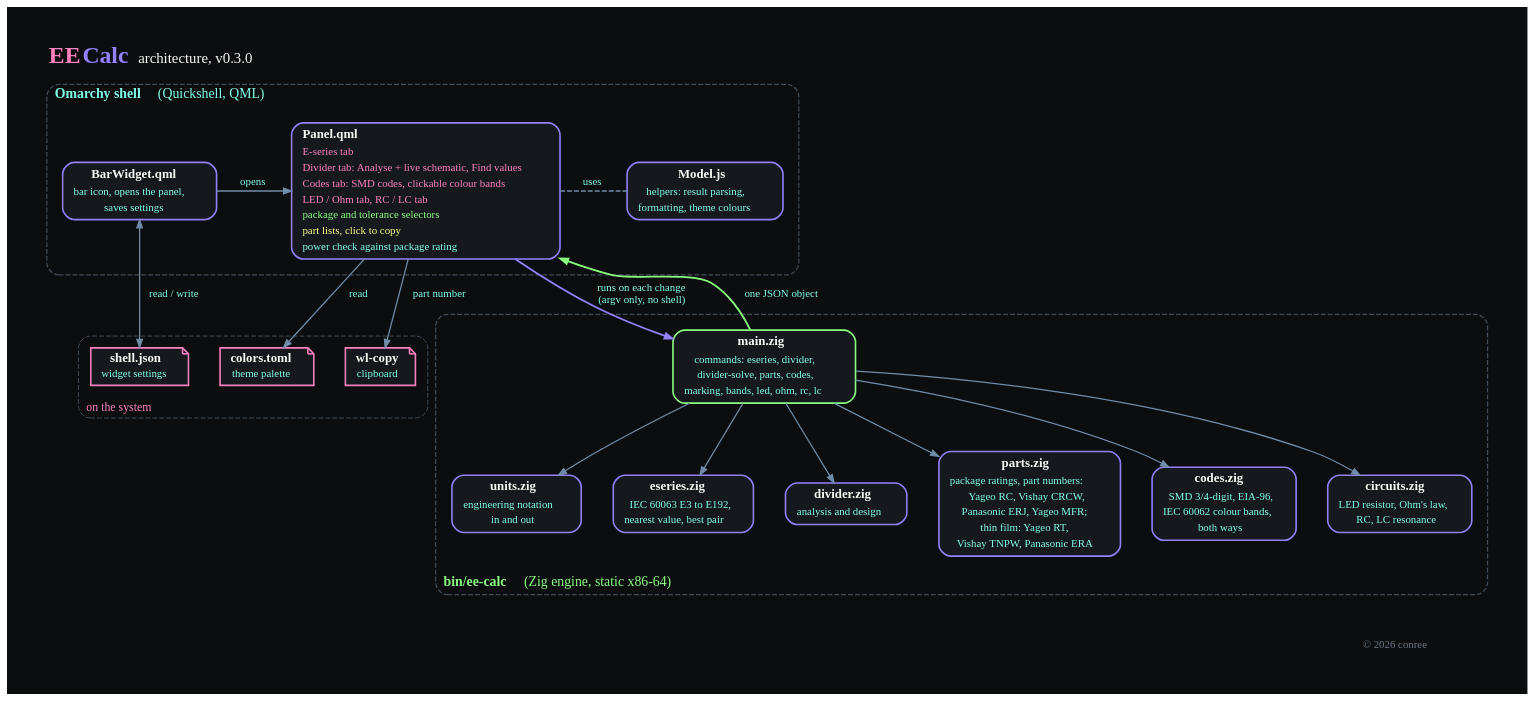
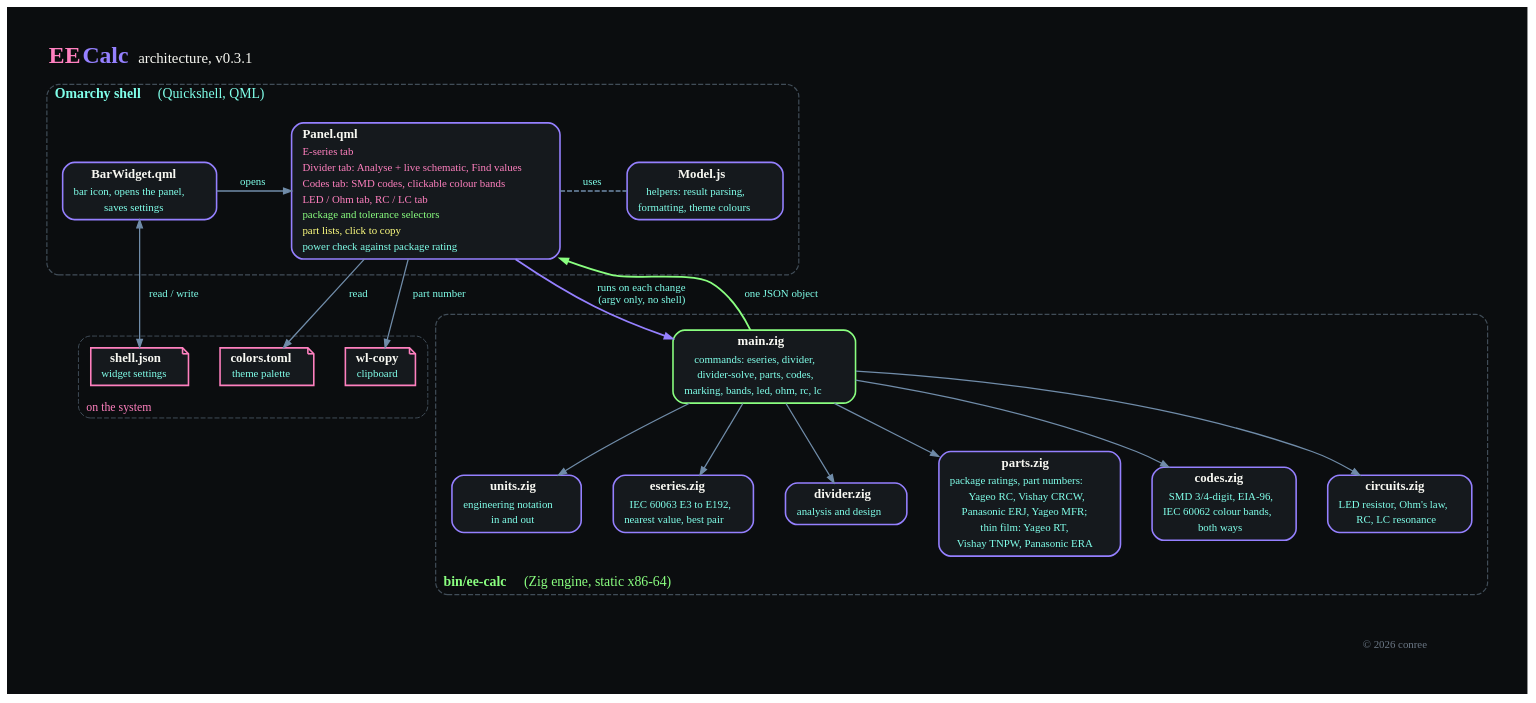
Before and after one commit to conree/omarchy-ee-calc: the diagram in docs/architecture.dot, drawn with Graphviz. The commit also changed 21 other files, not shown here.

```diff
--- a/docs/architecture.dot
+++ b/docs/architecture.dot
@@ -1,122 +1,122 @@
 // EE Calc architecture. Source for docs/architecture.png; regenerate with:
 //   dot -Tpng -Gdpi=144 docs/architecture.dot -o docs/architecture.png
 // Published as a PNG, not an outlined SVG: the Comic Code licence does not
 // allow distributing its glyph outlines in a reusable form.
 // Colours are the Dracula Pro Van Helsing palette. Every label is a table
 // so multi-line text keeps its line spacing.
 
 digraph eecalc {
   graph [rankdir=TB, bgcolor="#0B0D0F", fontname="Comic Code Ligatures", fontcolor="#F8F8F2",
          pad=0.45, nodesep=0.45, ranksep=0.65, compound=true, newrank=true, splines=spline]
   node  [shape=box, style="rounded,filled", fillcolor="#15191D", color="#9580FF", penwidth=1.6,
          fontname="Comic Code Ligatures", fontcolor="#F8F8F2", fontsize=13, margin="0.12,0.06"]
   edge  [color="#708CA9", penwidth=1.3, arrowsize=0.8, fontname="Comic Code Ligatures",
          fontcolor="#80FFEA", fontsize=11]
 
   label=<<TABLE BORDER="0" CELLPADDING="2" CELLSPACING="0">
-    <TR><TD ALIGN="LEFT"><FONT POINT-SIZE="24" COLOR="#FF80BF"><B>EE </B></FONT><FONT POINT-SIZE="24" COLOR="#9580FF"><B>Calc</B></FONT><FONT POINT-SIZE="15" COLOR="#F8F8F2">   architecture, v0.3.0</FONT></TD></TR>
+    <TR><TD ALIGN="LEFT"><FONT POINT-SIZE="24" COLOR="#FF80BF"><B>EE </B></FONT><FONT POINT-SIZE="24" COLOR="#9580FF"><B>Calc</B></FONT><FONT POINT-SIZE="15" COLOR="#F8F8F2">   architecture, v0.3.1</FONT></TD></TR>
   </TABLE>>
   labelloc=t; labeljust=l
 
   // ---- Inside the Omarchy shell -------------------------------------------
   subgraph cluster_shell {
     label=<<FONT COLOR="#80FFEA" POINT-SIZE="14"><B>Omarchy shell</B>  (Quickshell, QML)</FONT>>
     labeljust=l; style="rounded,dashed"; color="#414D58"; penwidth=1.2; margin=16
 
     bar [label=<<TABLE BORDER="0" CELLPADDING="2" CELLSPACING="0">
       <TR><TD><B>BarWidget.qml</B></TD></TR>
       <TR><TD><FONT POINT-SIZE="11" COLOR="#80FFEA">bar icon, opens the panel,</FONT></TD></TR>
       <TR><TD><FONT POINT-SIZE="11" COLOR="#80FFEA">saves settings</FONT></TD></TR></TABLE>>]
 
     panel [label=<<TABLE BORDER="0" CELLPADDING="2" CELLSPACING="0">
       <TR><TD ALIGN="LEFT"><B>Panel.qml</B></TD></TR>
       <TR><TD ALIGN="LEFT"><FONT POINT-SIZE="11" COLOR="#FF80BF">E-series tab</FONT></TD></TR>
       <TR><TD ALIGN="LEFT"><FONT POINT-SIZE="11" COLOR="#FF80BF">Divider tab: Analyse + live schematic, Find values</FONT></TD></TR>
       <TR><TD ALIGN="LEFT"><FONT POINT-SIZE="11" COLOR="#FF80BF">Codes tab: SMD codes, clickable colour bands</FONT></TD></TR>
       <TR><TD ALIGN="LEFT"><FONT POINT-SIZE="11" COLOR="#FF80BF">LED / Ohm tab, RC / LC tab</FONT></TD></TR>
       <TR><TD ALIGN="LEFT"><FONT POINT-SIZE="11" COLOR="#8AFF80">package and tolerance selectors</FONT></TD></TR>
       <TR><TD ALIGN="LEFT"><FONT POINT-SIZE="11" COLOR="#FFFF80">part lists, click to copy</FONT></TD></TR>
       <TR><TD ALIGN="LEFT"><FONT POINT-SIZE="11" COLOR="#80FFEA">power check against package rating</FONT></TD></TR></TABLE>>]
 
     model [label=<<TABLE BORDER="0" CELLPADDING="2" CELLSPACING="0">
       <TR><TD><B>Model.js</B></TD></TR>
       <TR><TD><FONT POINT-SIZE="11" COLOR="#80FFEA">helpers: result parsing,</FONT></TD></TR>
       <TR><TD><FONT POINT-SIZE="11" COLOR="#80FFEA">formatting, theme colours</FONT></TD></TR></TABLE>>]
 
     { rank=same; bar; panel; model }
     bar -> panel [label="  opens  "]
     panel -> model [label="  uses  ", arrowhead=none, style=dashed]
   }
 
   // ---- Files and tools the shell side touches -------------------------------
   subgraph cluster_ext {
     label=<<FONT COLOR="#FF80BF" POINT-SIZE="12">on the system</FONT>>
     labeljust=l; labelloc=b; style="rounded,dashed"; color="#414D58"; penwidth=1.0; margin=12
     node [shape=note, color="#FF80BF"]
     shelljson [label=<<TABLE BORDER="0" CELLPADDING="1" CELLSPACING="0"><TR><TD><B>shell.json</B></TD></TR><TR><TD><FONT POINT-SIZE="11" COLOR="#80FFEA">widget settings</FONT></TD></TR></TABLE>>]
     colors    [label=<<TABLE BORDER="0" CELLPADDING="1" CELLSPACING="0"><TR><TD><B>colors.toml</B></TD></TR><TR><TD><FONT POINT-SIZE="11" COLOR="#80FFEA">theme palette</FONT></TD></TR></TABLE>>]
     wlcopy    [label=<<TABLE BORDER="0" CELLPADDING="1" CELLSPACING="0"><TR><TD><B>wl-copy</B></TD></TR><TR><TD><FONT POINT-SIZE="11" COLOR="#80FFEA">clipboard</FONT></TD></TR></TABLE>>]
     { rank=same; shelljson; colors; wlcopy }
   }
 
   bar   -> shelljson [label="  read / write  ", dir=both, arrowtail=normal]
   panel -> colors    [label="  read  "]
   panel -> wlcopy    [label="  part number  "]
 
   // ---- The Zig engine -----------------------------------------------------
   subgraph cluster_engine {
     label=<<FONT COLOR="#8AFF80" POINT-SIZE="14"><B>bin/ee-calc</B>  (Zig engine, static x86-64)</FONT>>
     labeljust=l; labelloc=b; style="rounded,dashed"; color="#414D58"; penwidth=1.2; margin=16
 
     main [color="#8AFF80", label=<<TABLE BORDER="0" CELLPADDING="2" CELLSPACING="0">
       <TR><TD><B>main.zig</B></TD></TR>
       <TR><TD><FONT POINT-SIZE="11" COLOR="#80FFEA">commands: eseries, divider,</FONT></TD></TR>
       <TR><TD><FONT POINT-SIZE="11" COLOR="#80FFEA">divider-solve, parts, codes,</FONT></TD></TR>
       <TR><TD><FONT POINT-SIZE="11" COLOR="#80FFEA">marking, bands, led, ohm, rc, lc</FONT></TD></TR></TABLE>>]
 
     units [label=<<TABLE BORDER="0" CELLPADDING="2" CELLSPACING="0">
       <TR><TD><B>units.zig</B></TD></TR>
       <TR><TD><FONT POINT-SIZE="11" COLOR="#80FFEA">engineering notation</FONT></TD></TR>
       <TR><TD><FONT POINT-SIZE="11" COLOR="#80FFEA">in and out</FONT></TD></TR></TABLE>>]
     eseries [label=<<TABLE BORDER="0" CELLPADDING="2" CELLSPACING="0">
       <TR><TD><B>eseries.zig</B></TD></TR>
       <TR><TD><FONT POINT-SIZE="11" COLOR="#80FFEA">IEC 60063 E3 to E192,</FONT></TD></TR>
       <TR><TD><FONT POINT-SIZE="11" COLOR="#80FFEA">nearest value, best pair</FONT></TD></TR></TABLE>>]
     divider [label=<<TABLE BORDER="0" CELLPADDING="2" CELLSPACING="0">
       <TR><TD><B>divider.zig</B></TD></TR>
       <TR><TD><FONT POINT-SIZE="11" COLOR="#80FFEA">analysis and design</FONT></TD></TR></TABLE>>]
     parts [label=<<TABLE BORDER="0" CELLPADDING="2" CELLSPACING="0">
       <TR><TD><B>parts.zig</B></TD></TR>
       <TR><TD><FONT POINT-SIZE="11" COLOR="#80FFEA">package ratings, part numbers:</FONT></TD></TR>
       <TR><TD><FONT POINT-SIZE="11" COLOR="#80FFEA">Yageo RC, Vishay CRCW,</FONT></TD></TR>
       <TR><TD><FONT POINT-SIZE="11" COLOR="#80FFEA">Panasonic ERJ, Yageo MFR;</FONT></TD></TR>
       <TR><TD><FONT POINT-SIZE="11" COLOR="#80FFEA">thin film: Yageo RT,</FONT></TD></TR>
       <TR><TD><FONT POINT-SIZE="11" COLOR="#80FFEA">Vishay TNPW, Panasonic ERA</FONT></TD></TR></TABLE>>]
 
     codes [label=<<TABLE BORDER="0" CELLPADDING="2" CELLSPACING="0">
       <TR><TD><B>codes.zig</B></TD></TR>
       <TR><TD><FONT POINT-SIZE="11" COLOR="#80FFEA">SMD 3/4-digit, EIA-96,</FONT></TD></TR>
       <TR><TD><FONT POINT-SIZE="11" COLOR="#80FFEA">IEC 60062 colour bands,</FONT></TD></TR>
       <TR><TD><FONT POINT-SIZE="11" COLOR="#80FFEA">both ways</FONT></TD></TR></TABLE>>]
     circuits [label=<<TABLE BORDER="0" CELLPADDING="2" CELLSPACING="0">
       <TR><TD><B>circuits.zig</B></TD></TR>
       <TR><TD><FONT POINT-SIZE="11" COLOR="#80FFEA">LED resistor, Ohm's law,</FONT></TD></TR>
       <TR><TD><FONT POINT-SIZE="11" COLOR="#80FFEA">RC, LC resonance</FONT></TD></TR></TABLE>>]
 
     { rank=same; units; eseries; divider; parts; codes; circuits }
     main -> units
     main -> eseries
     main -> divider
     main -> parts
     main -> codes
     main -> circuits
   }
 
   // ---- Copyright, bottom right: hung below the rightmost module -----------
   copyright [shape=plaintext, style="", label=<<FONT POINT-SIZE="11" COLOR="#6B7785">© 2026 conree</FONT>>]
   circuits -> copyright [style=invis]
 
   // ---- Panel <-> engine -----------------------------------------------------
   panel -> main [label=<  runs on each change<BR/>  (argv only, no shell)  >, color="#9580FF", penwidth=1.8]
   main -> panel [label="  one JSON object  ", color="#8AFF80", penwidth=1.8]
 }
```
